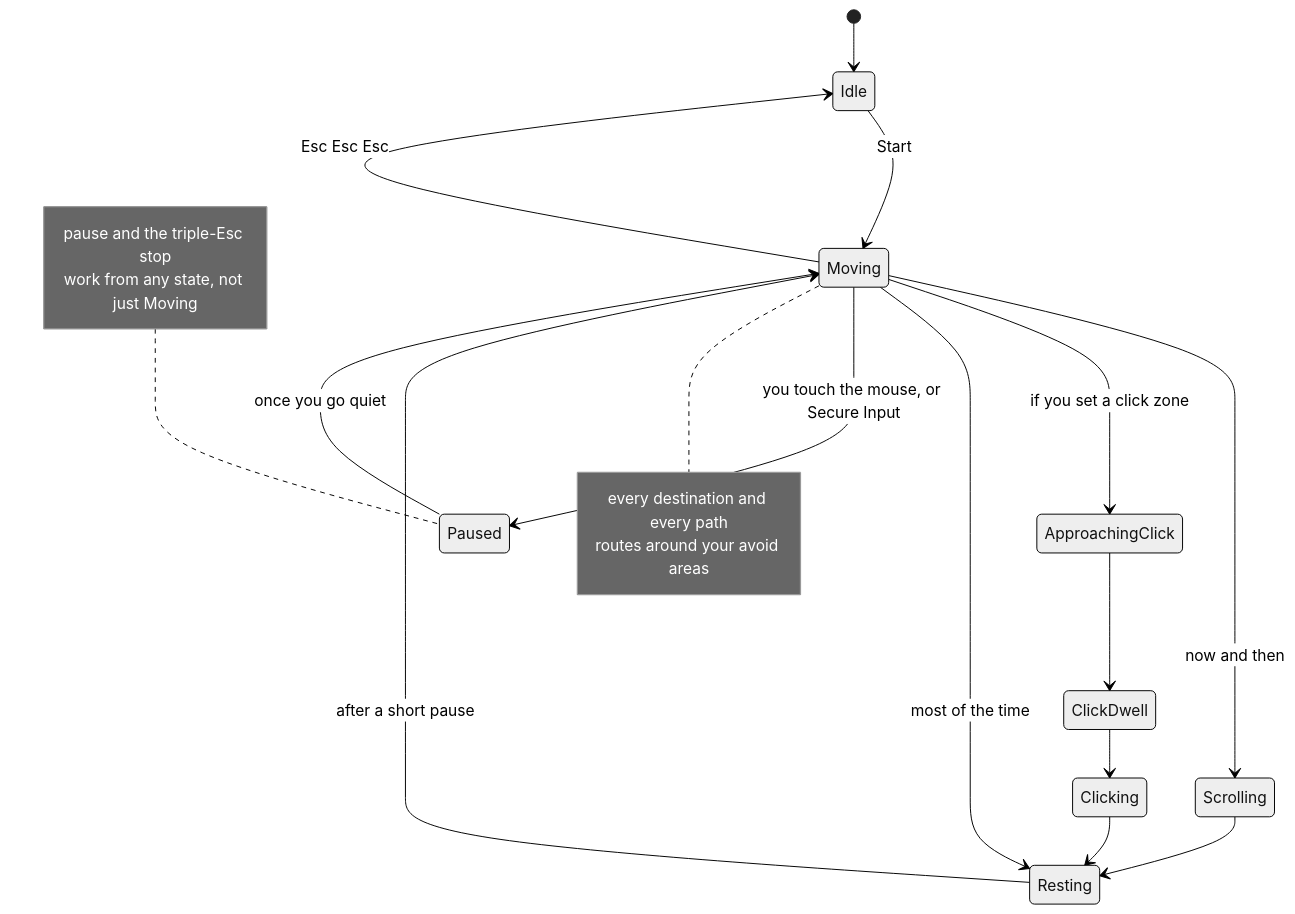
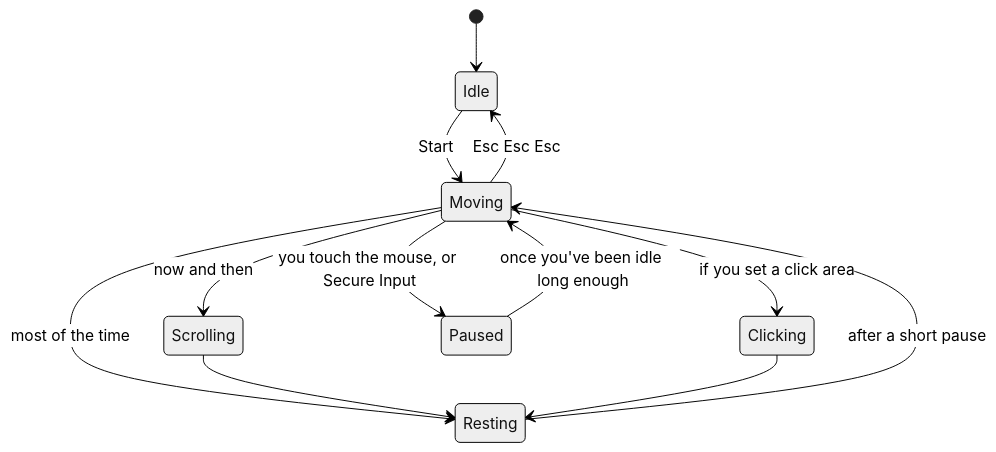
The diagram in README.md (qaynam/cursor-plus), drawn with Mermaid (neutral theme) before and after one commit. The commit also changed other lines of this file and 2 other files, not shown here.

````diff
--- a/README.md
+++ b/README.md
@@ -32,18 +68,14 @@
 ```mermaid
 stateDiagram-v2
   [*] --> Idle
   Idle --> Moving: Start
   Moving --> Scrolling: now and then
-  Moving --> ApproachingClick: if you set a click zone
+  Moving --> Clicking: if you set a click area
   Moving --> Resting: most of the time
   Scrolling --> Resting
-  ApproachingClick --> ClickDwell
-  ClickDwell --> Clicking
   Clicking --> Resting
   Resting --> Moving: after a short pause
   Moving --> Paused: you touch the mouse, or Secure Input
-  Paused --> Moving: once you go quiet
+  Paused --> Moving: once you've been idle long enough
   Moving --> Idle: Esc Esc Esc
-  note left of Paused : pause and the triple-Esc stop<br/>work from any state, not just Moving
-  note right of Moving : every destination and every path<br/>routes around your avoid areas
 ```
````
